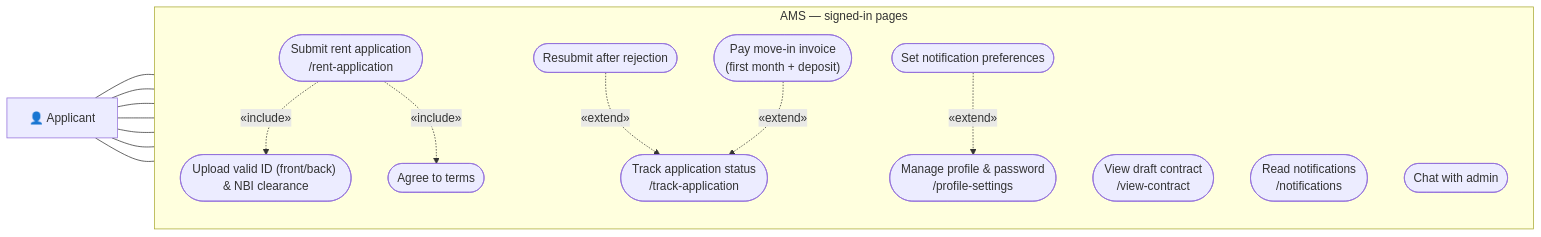
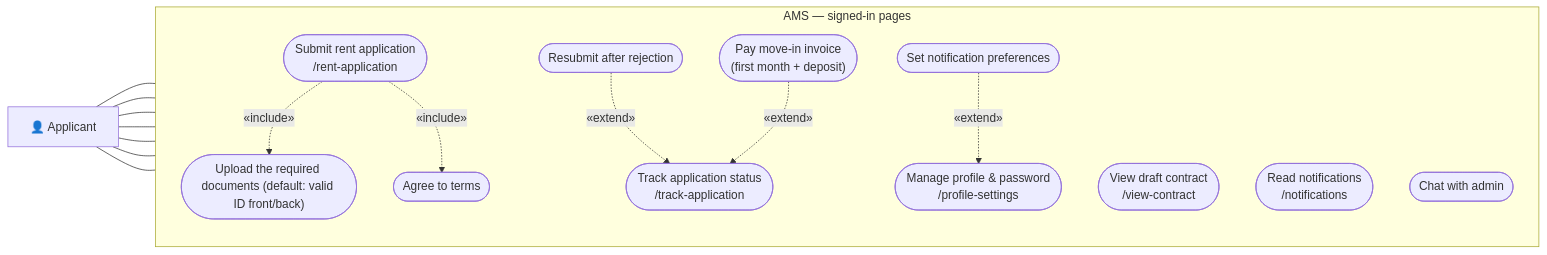
The tenth of 24 diagrams in docs/documentation/system_diagrams.md (Keonbe/ApartmentManagementSystem_React), drawn with Mermaid before and after one commit. The commit also changed other lines of this file and 10 other files, not shown here.

First line of the commit message:
docs(verify): align API, schema, checklist and design docs with the code

````diff
--- a/docs/documentation/system_diagrams.md
+++ b/docs/documentation/system_diagrams.md
@@ -842,33 +842,33 @@
 ```mermaid
 flowchart LR
     App["👤 Applicant"]
 
     subgraph AMS["AMS — signed-in pages"]
         direction TB
         P1(["Submit rent application<br/>/rent-application"])
-        P2(["Upload valid ID (front/back) & NBI clearance"])
+        P2(["Upload the required documents (default: valid ID front/back)"])
         P3(["Agree to terms"])
         P4(["Track application status<br/>/track-application"])
         P5(["Resubmit after rejection"])
         P6(["Pay move-in invoice<br/>(first month + deposit)"])
         P7(["View draft contract<br/>/view-contract"])
         P8(["Manage profile & password<br/>/profile-settings"])
         P9(["Read notifications<br/>/notifications"])
         P10(["Set notification preferences"])
         P11(["Chat with admin"])
     end
 
     App --- P1
     App --- P4
     App --- P6
     App --- P7
     App --- P8
     App --- P9
     App --- P11
 
     P1 -.->|"«include»"| P2
     P1 -.->|"«include»"| P3
     P5 -.->|"«extend»"| P4
     P6 -.->|"«extend»"| P4
     P10 -.->|"«extend»"| P8
 ```
````
